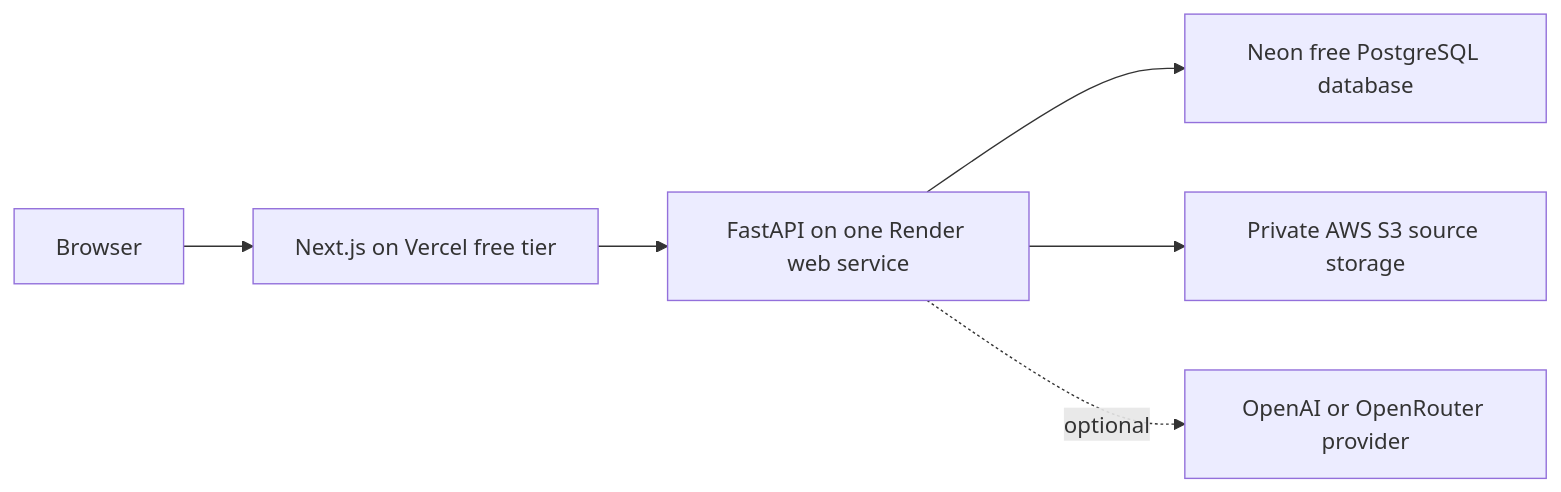
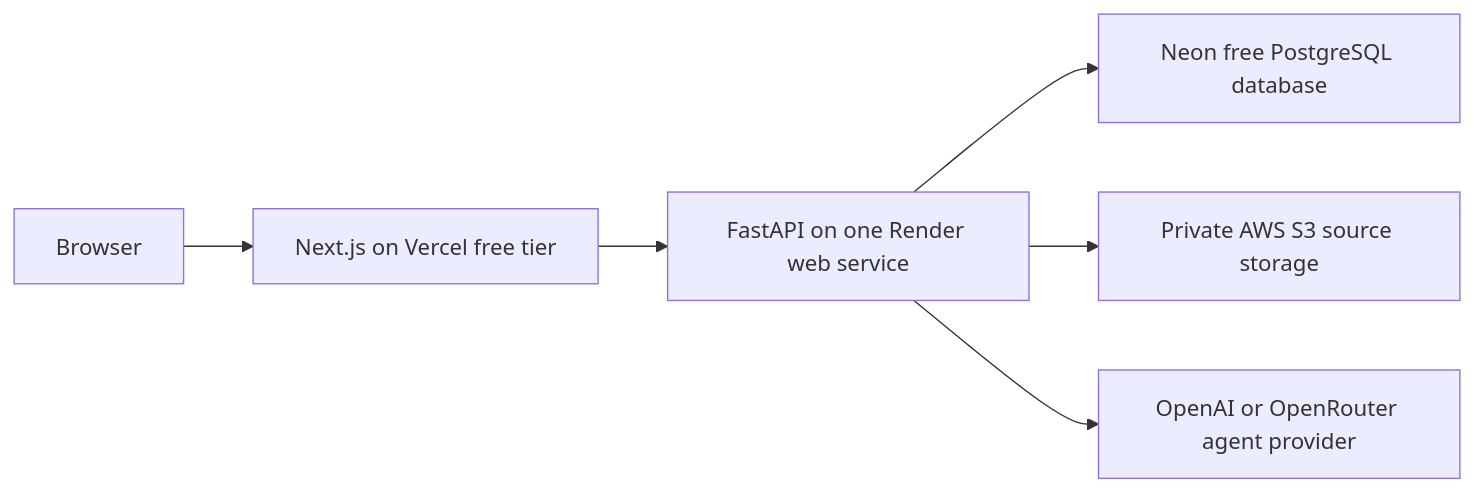
One commit to davidpal3c/CarbonSage_agentic_ai changed the diagram in docs/infrastructure.md. Above: the diagram before and after it, drawn with Mermaid. The commit also changed other lines of this file and 30 other files, not shown here.

````diff
--- a/docs/infrastructure.md
+++ b/docs/infrastructure.md
@@ -17,8 +17,8 @@
 ```mermaid
 flowchart LR
     A[Browser] --> B[Next.js on Vercel free tier]
     B --> C[FastAPI on one Render web service]
     C --> D[Neon free PostgreSQL database]
     C --> F[Private AWS S3 source storage]
-    C -. optional .-> E[OpenAI or OpenRouter provider]
+    C --> E[OpenAI or OpenRouter agent provider]
 ```
````
